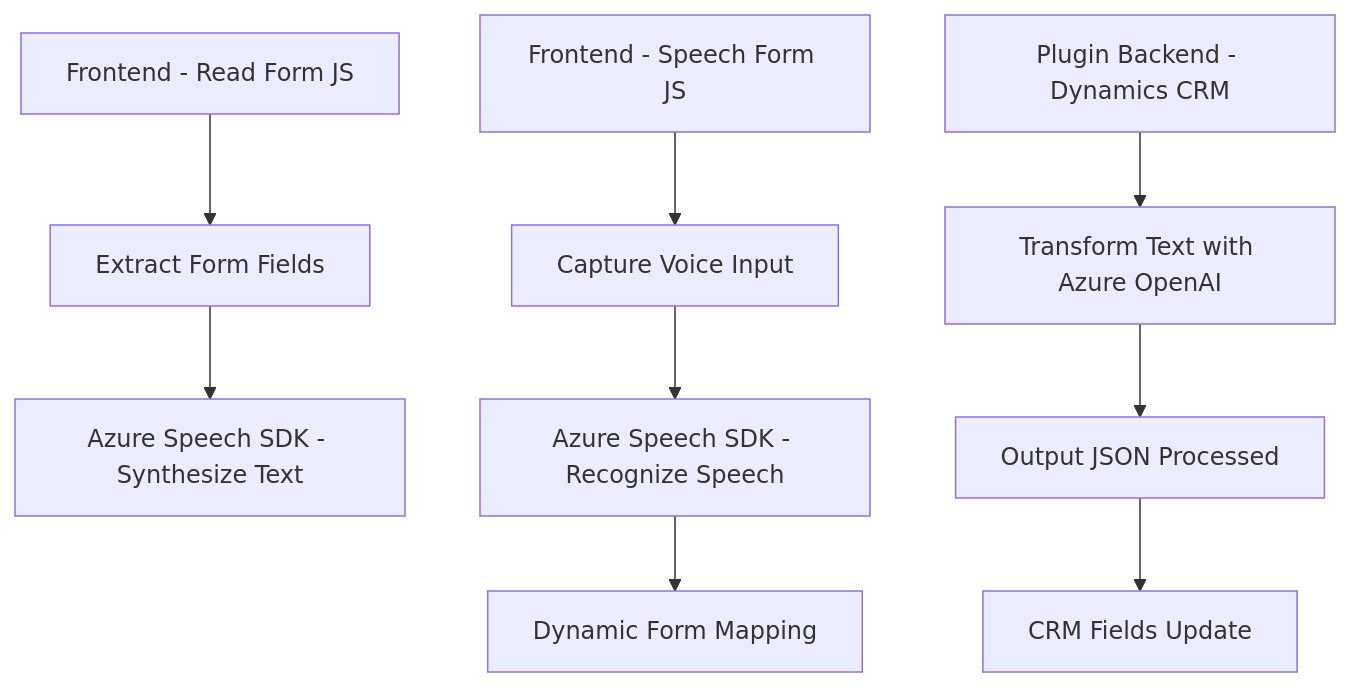
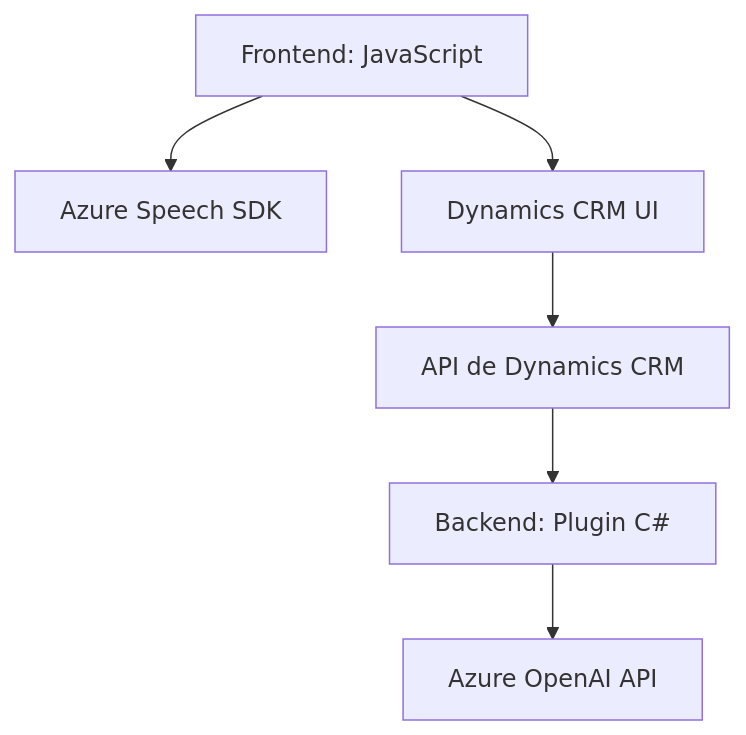
The diagram in README.md (blopezdm/NETCORE_BILBAO2025), drawn with Mermaid before and after one commit. The commit also changed other lines of this file, not shown here.

````diff
--- a/README.md
+++ b/README.md
@@ -46,11 +58,15 @@
 ```mermaid
 graph TD
-    A["Frontend - Read Form JS"] --> B["Extract Form Fields"]
-    B --> C["Azure Speech SDK - Synthesize Text"]
-    D["Frontend - Speech Form JS"] --> E["Capture Voice Input"]
-    E --> F["Azure Speech SDK - Recognize Speech"]
-    F --> G["Dynamic Form Mapping"]
-    H["Plugin Backend - Dynamics CRM"] --> I["Transform Text with Azure OpenAI"]
-    I --> J["Output JSON Processed"]
-    J --> K["CRM Fields Update"]
+    A["Frontend: JavaScript"]
+    B["Azure Speech SDK"]
+    C["Dynamics CRM UI"]
+    D["API de Dynamics CRM"]
+    E["Backend: Plugin C#"]
+    F["Azure OpenAI API"]
+
+    A --> B
+    A --> C
+    C --> D
+    D --> E
+    E --> F
 ```
````
